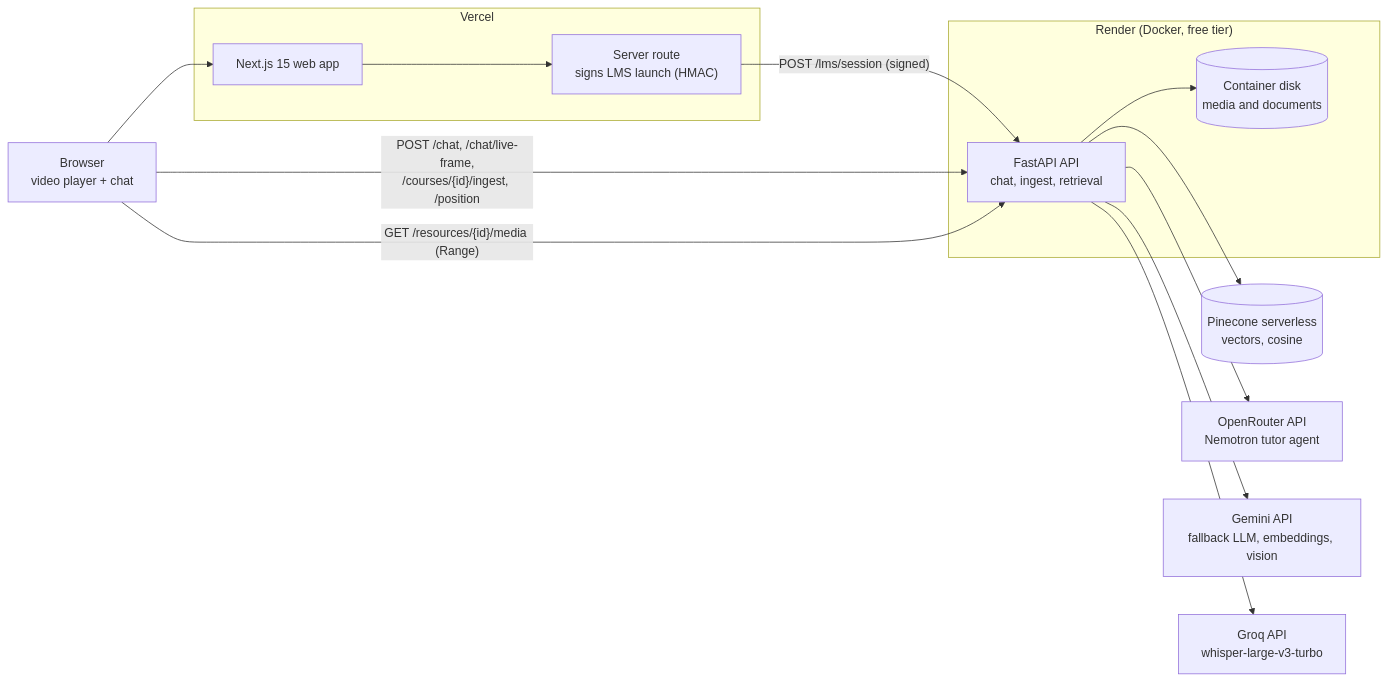
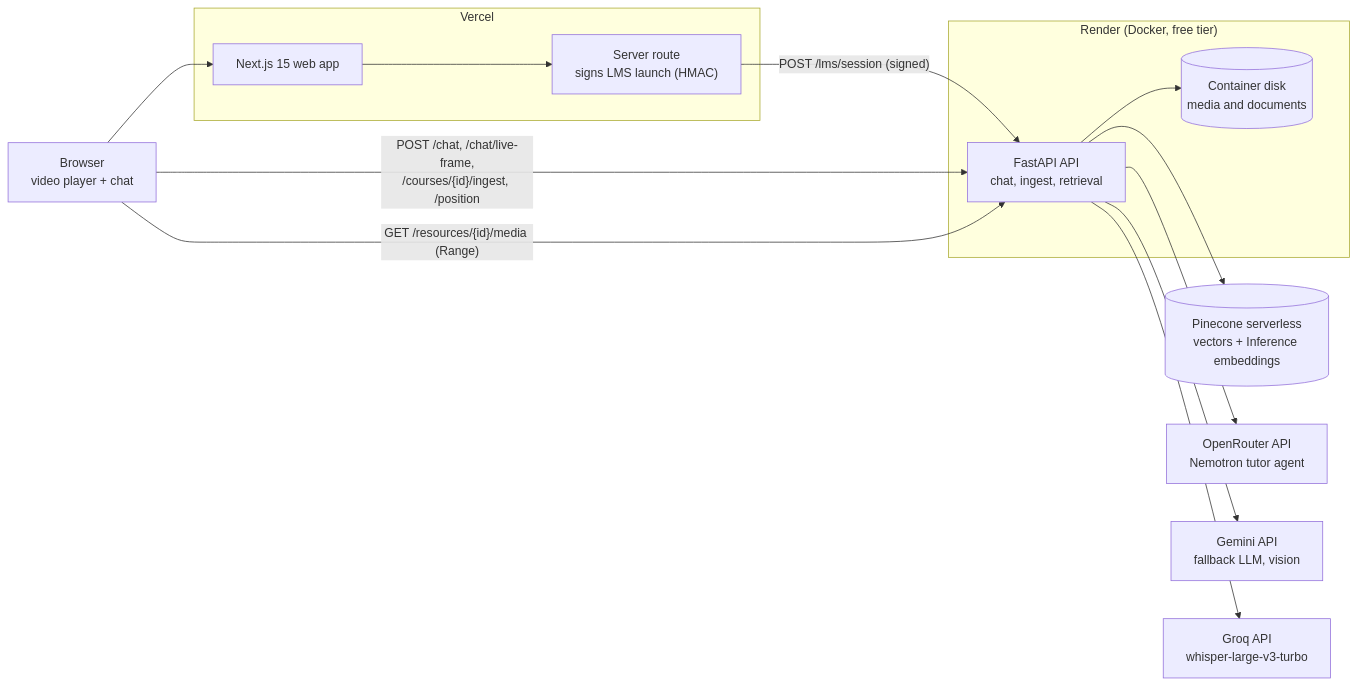
The first of 4 diagrams in submission/ARCHITECTURE.md (Nanu69-batman/ailearn), drawn with Mermaid before and after one commit. The commit also changed other lines of this file and 16 other files, not shown here.

First line of the commit message:
﻿feat(api): Pinecone Inference embeddings and merged chunks

````diff
--- a/submission/ARCHITECTURE.md
+++ b/submission/ARCHITECTURE.md
@@ -23,27 +23,27 @@
 ```mermaid
 flowchart LR
   B["Browser<br/>video player + chat"]
   subgraph VER["Vercel"]
     W["Next.js 15 web app"]
     L["Server route<br/>signs LMS launch (HMAC)"]
   end
   subgraph RN["Render (Docker, free tier)"]
     A["FastAPI API<br/>chat, ingest, retrieval"]
     D[("Container disk<br/>media and documents")]
   end
-  P[("Pinecone serverless<br/>vectors, cosine")]
+  P[("Pinecone serverless<br/>vectors + Inference embeddings")]
   O["OpenRouter API<br/>Nemotron tutor agent"]
-  G["Gemini API<br/>fallback LLM, embeddings, vision"]
+  G["Gemini API<br/>fallback LLM, vision"]
   Q["Groq API<br/>whisper-large-v3-turbo"]
 
   B --> W
   W --> L
   L -->|"POST /lms/session (signed)"| A
   B -->|"POST /chat, /chat/live-frame,<br/>/courses/{id}/ingest, /position"| A
   B -->|"GET /resources/{id}/media (Range)"| A
   A --> P
   A --> D
   A --> O
   A --> G
   A --> Q
 ```
````
